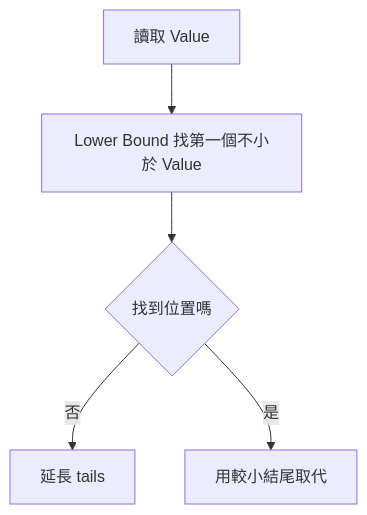
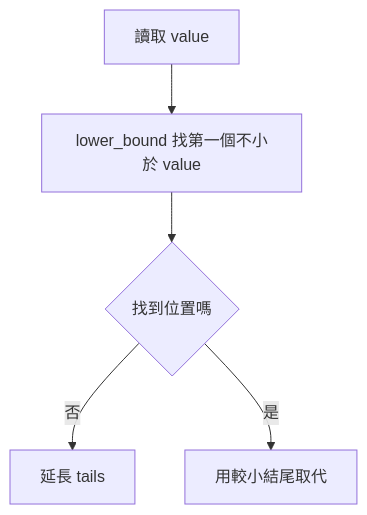
Before and after one commit to davidchen0970/algorithm_note: the fourth of 11 diagrams in 09_dynamic_programming/41_subsequence_dp.md, drawn with Mermaid. The commit also changed other lines of this file and 4 other files, not shown here.

````diff
--- a/09_dynamic_programming/41_subsequence_dp.md
+++ b/09_dynamic_programming/41_subsequence_dp.md
@@ -136,7 +252,7 @@
 ```mermaid
 flowchart TD
-    A[讀取 Value] --> B[Lower Bound 找第一個不小於 Value]
-    B --> C{找到位置嗎}
-    C -->|否| D[延長 tails]
-    C -->|是| E[用較小結尾取代]
+    A["讀取 value"] --> B["lower_bound 找第一個不小於 value"]
+    B --> C{"找到位置嗎"}
+    C -->|否| D["延長 tails"]
+    C -->|是| E["用較小結尾取代"]
 ```
````
